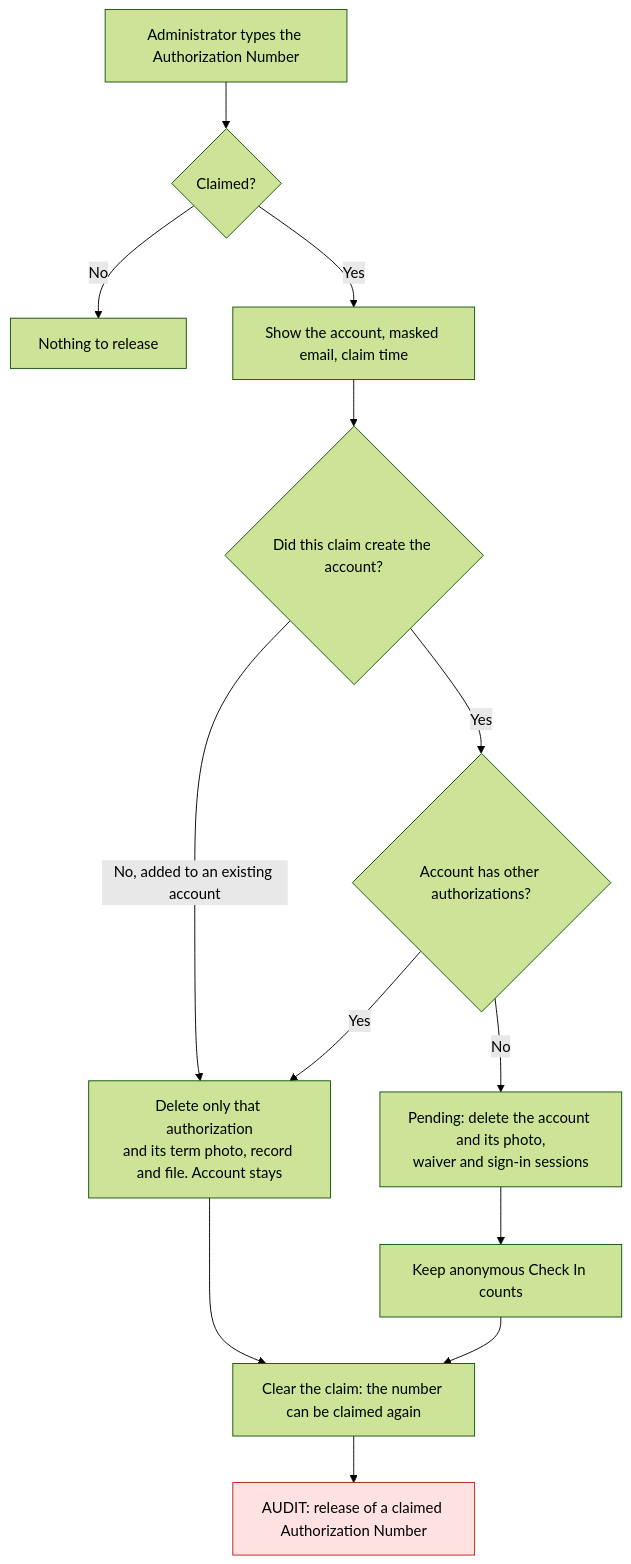
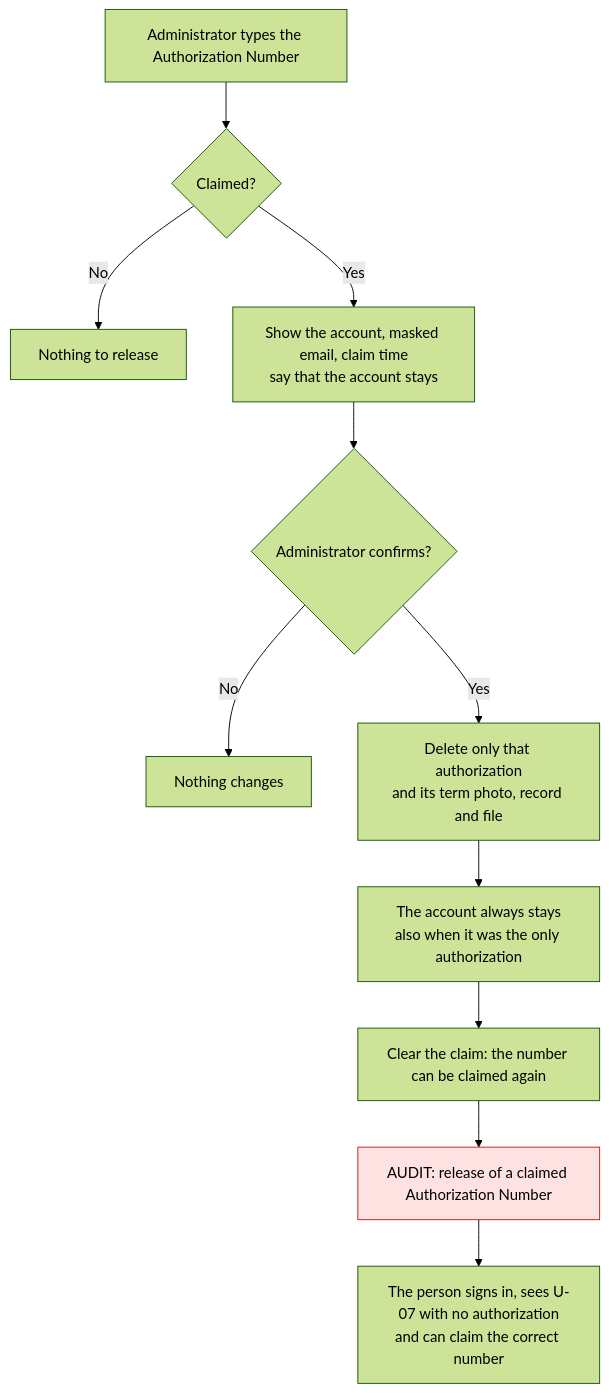
Diagram 13 of 17 in docs/design/admin-flows.md (Th3-Minorities/natatorio-gym-app), drawn with Mermaid (forest theme) before and after one commit. The commit also changed other lines of this file and 7 other files, not shown here.

````diff
--- a/docs/design/admin-flows.md
+++ b/docs/design/admin-flows.md
@@ -393,18 +394,16 @@
 ```mermaid
 flowchart TD
   L0["Administrator types the Authorization Number"] --> L1{"Claimed?"}
   L1 -->|"No"| L2["Nothing to release"]
-  L1 -->|"Yes"| L3["Show the account, masked email, claim time"]
-  L3 --> L4{"Did this claim create the account?"}
-  L4 -->|"No, added to an existing account"| L5["Delete only that authorization<br/>and its term photo, record and file. Account stays"]
-  L4 -->|"Yes"| L6{"Account has other authorizations?"}
-  L6 -->|"Yes"| L5
-  L6 -->|"No"| L7["Pending: delete the account and its photo,<br/>waiver and sign-in sessions"]
-  L7 --> L8["Keep anonymous Check In counts"]
-  L5 --> L9["Clear the claim: the number can be claimed again"]
-  L8 --> L9
-  L9 --> L10["AUDIT: release of a claimed Authorization Number"]
+  L1 -->|"Yes"| L3["Show the account, masked email, claim time<br/>say that the account stays"]
+  L3 --> L4{"Administrator confirms?"}
+  L4 -->|"No"| L5["Nothing changes"]
+  L4 -->|"Yes"| L6["Delete only that authorization<br/>and its term photo, record and file"]
+  L6 --> L7["The account always stays<br/>also when it was the only authorization"]
+  L7 --> L8["Clear the claim: the number can be claimed again"]
+  L8 --> L9["AUDIT: release of a claimed Authorization Number"]
+  L9 --> L10["The person signs in, sees U-07 with no authorization<br/>and can claim the correct number"]
 
   classDef audit fill:#fde2e1,stroke:#b42318,color:#000
-  class L10 audit
+  class L9 audit
 ```
````
